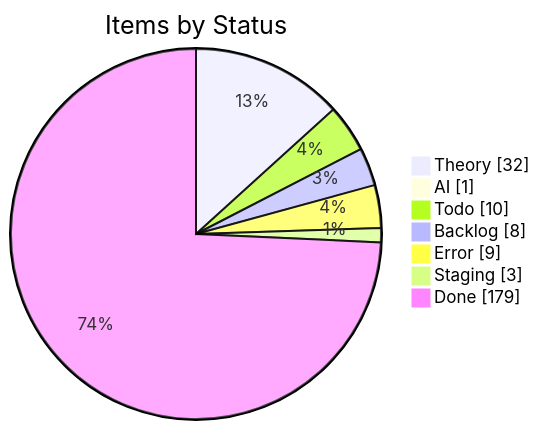
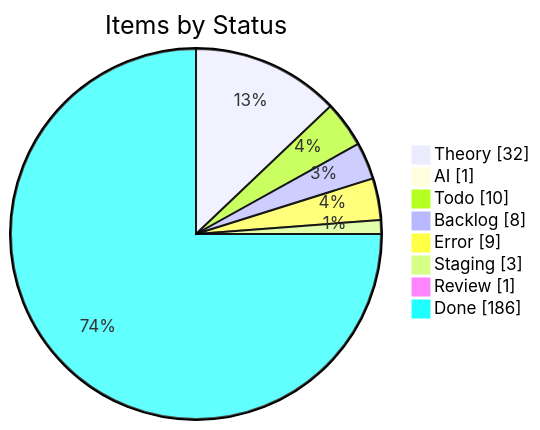
The first of 4 diagrams in apps/kbve/astro-kbve/src/content/docs/dashboard/kanban-data.mdx (KBVE/kbve), drawn with Mermaid before and after one commit. The commit also changed other lines of this file and 8 other files, not shown here.

````diff
--- a/apps/kbve/astro-kbve/src/content/docs/dashboard/kanban-data.mdx
+++ b/apps/kbve/astro-kbve/src/content/docs/dashboard/kanban-data.mdx
@@ -55,11 +55,12 @@
 ```mermaid
 pie showData
     title Items by Status
     "Theory" : 32
     "AI" : 1
     "Todo" : 10
     "Backlog" : 8
     "Error" : 9
     "Staging" : 3
-    "Done" : 179
+    "Review" : 1
+    "Done" : 186
 ```
````
